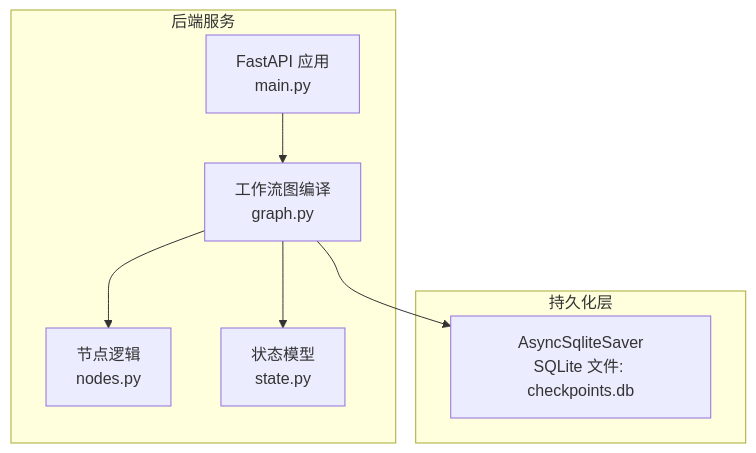
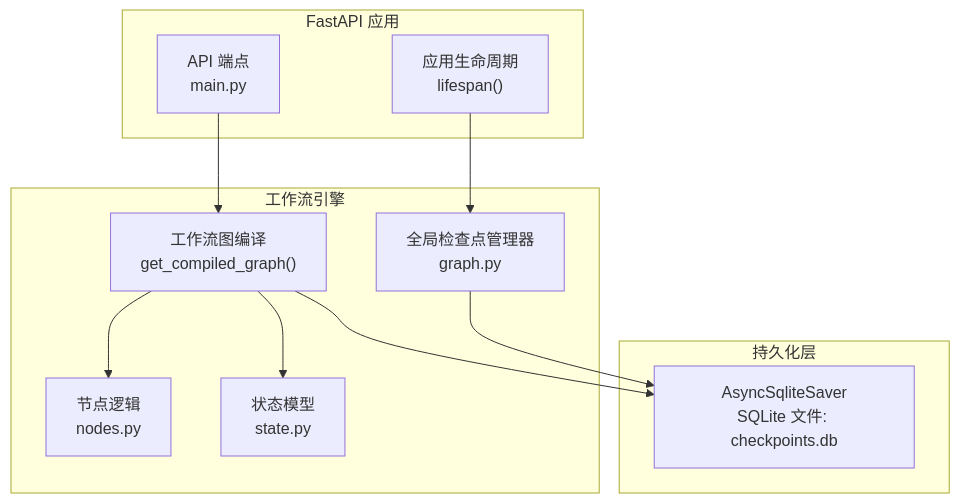
One commit to sundew26/agent-week3 changed the first of 3 diagrams in .qoder/repowiki/zh/content/核心功能/检查点恢复机制.md. Above: the diagram before and after it, drawn with Mermaid. The commit also changed other lines of this file and 8 other files, not shown here.

````diff
--- a/.qoder/repowiki/zh/content/核心功能/检查点恢复机制.md
+++ b/.qoder/repowiki/zh/content/核心功能/检查点恢复机制.md
@@ -47,16 +55,22 @@
 ```mermaid
 graph TB
-subgraph "后端服务"
-A["FastAPI 应用<br/>main.py"]
-B["工作流图编译<br/>graph.py"]
-C["节点逻辑<br/>nodes.py"]
-D["状态模型<br/>state.py"]
+subgraph "FastAPI 应用"
+A["应用生命周期<br/>lifespan()"]
+B["API 端点<br/>main.py"]
+end
+subgraph "工作流引擎"
+C["全局检查点管理器<br/>graph.py"]
+D["工作流图编译<br/>get_compiled_graph()"]
+E["节点逻辑<br/>nodes.py"]
+F["状态模型<br/>state.py"]
 end
 subgraph "持久化层"
-E["AsyncSqliteSaver<br/>SQLite 文件: checkpoints.db"]
+G["AsyncSqliteSaver<br/>SQLite 文件: checkpoints.db"]
 end
-A --> B
-B --> C
+A --> C
 B --> D
-B --> E
+D --> E
+D --> F
+D --> G
+C --> G
 ```
````
